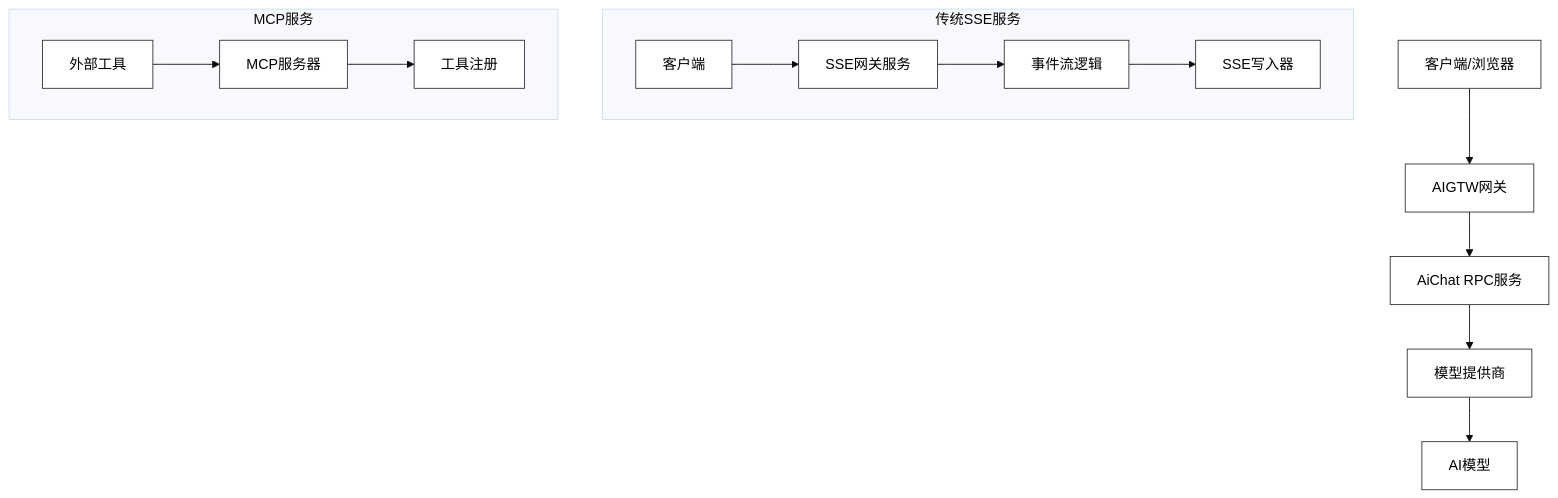
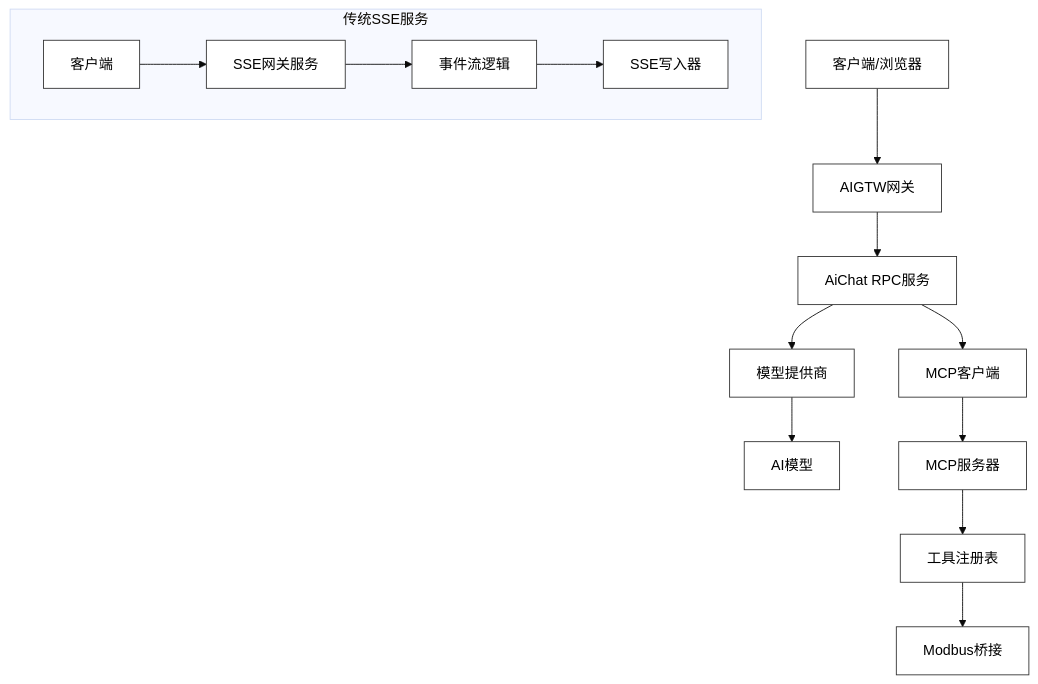
The second of 8 diagrams in .qoder/repowiki/zh/content/AI应用模块/AI应用模块.md (maomao94/zero-service), drawn with Mermaid (base theme) before and after one commit. The commit also changed other lines of this file and 8 other files, not shown here.

````diff
--- a/.qoder/repowiki/zh/content/AI应用模块/AI应用模块.md
+++ b/.qoder/repowiki/zh/content/AI应用模块/AI应用模块.md
@@ -148,17 +160,17 @@
 ```mermaid
 graph TB
 Client["客户端/浏览器"] --> Gateway["AIGTW网关"]
 Gateway --> RPC["AiChat RPC服务"]
 RPC --> Provider["模型提供商"]
 Provider --> Model["AI模型"]
+RPC --> MCPClient["MCP客户端"]
+MCPClient --> MCP["MCP服务器"]
+MCP --> Tools["工具注册表"]
+Tools --> Modbus["Modbus桥接"]
 subgraph "传统SSE服务"
 Client2["客户端"] --> SSE["SSE网关服务"]
 SSE --> Logic["事件流逻辑"]
 Logic --> Writer["SSE写入器"]
 end
-subgraph "MCP服务"
-Client3["外部工具"] --> MCP["MCP服务器"]
-MCP --> Tool["工具注册"]
-end
 classDef default fill:#fff,stroke:#333,color:#000
 ```
````
